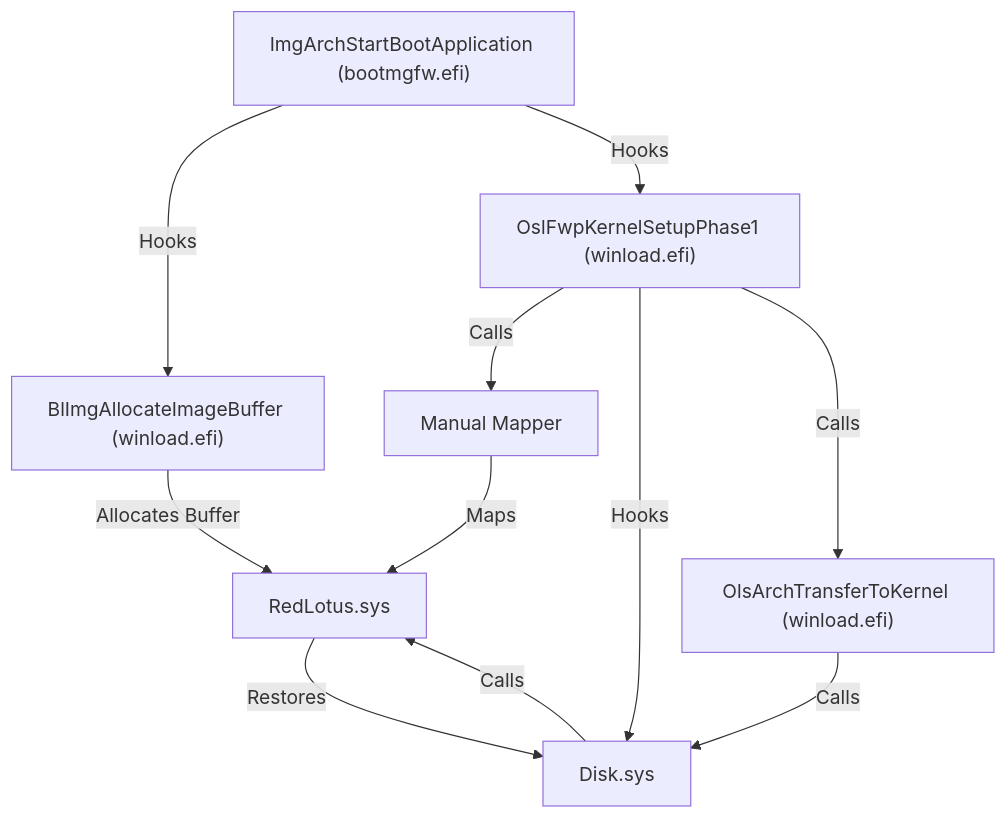
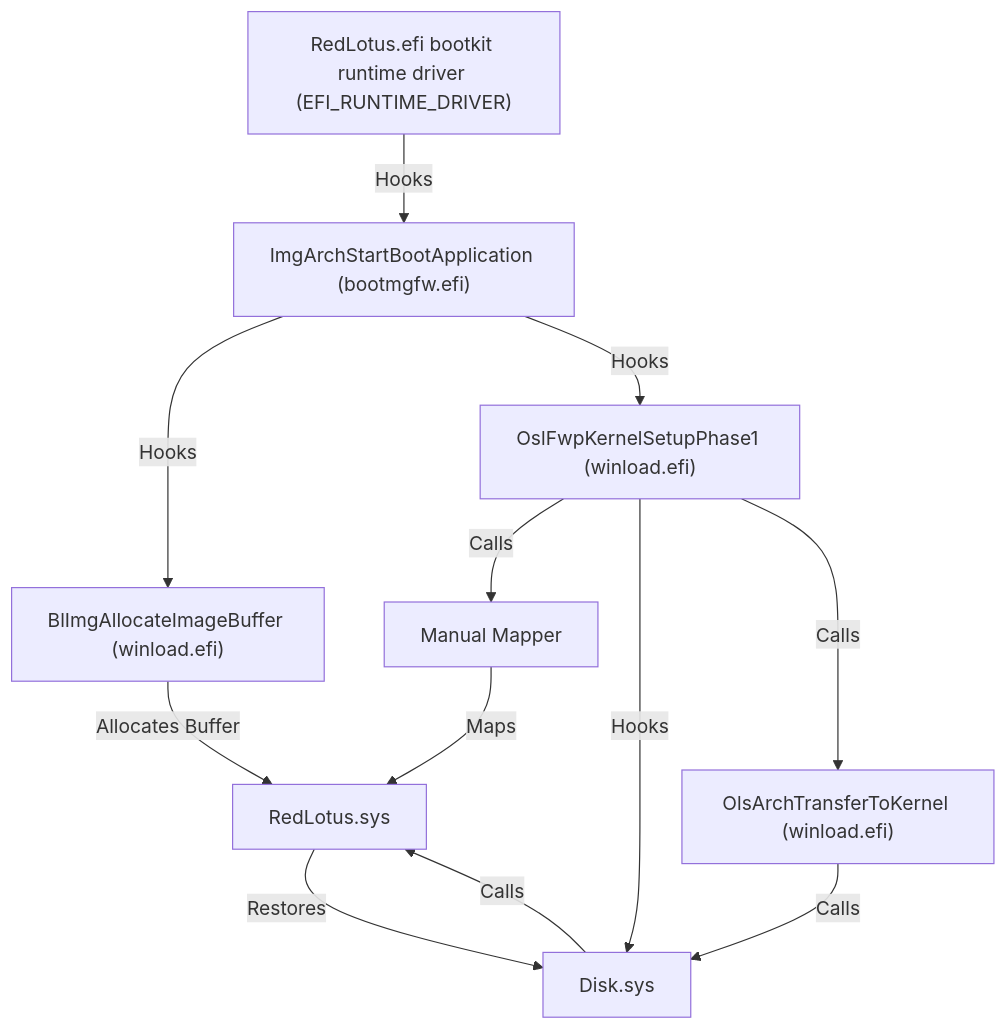
One commit to memN0ps/redlotus-rs changed the diagram in README.md. Above: the diagram before and after it, drawn with Mermaid.

````diff
--- a/README.md
+++ b/README.md
@@ -31,13 +31,14 @@
 ```mermaid
 graph TD;
+    R["RedLotus.efi bootkit runtime driver (EFI_RUNTIME_DRIVER)"] -->|Hooks| A["ImgArchStartBootApplication (bootmgfw.efi)"];
     A["ImgArchStartBootApplication (bootmgfw.efi)"] -->|Hooks| B["BlImgAllocateImageBuffer (winload.efi)"];
-    B -->|Allocates Buffer| G[RedLotus.sys]
+    B -->|Allocates Buffer| G[RedLotus.sys];
     A -->|Hooks| C["OslFwpKernelSetupPhase1 (winload.efi)"];
     C -->|Calls| D[Manual Mapper];
     D -->|Maps | G[RedLotus.sys]
     C -->|Hooks| E[Disk.sys];
     C -->|Calls| F["OlsArchTransferToKernel (winload.efi)"];
     F -->|Calls| E[Disk.sys];
     E -->|Calls| G[RedLotus.sys];
     G -->|Restores| E;
 ```
````
